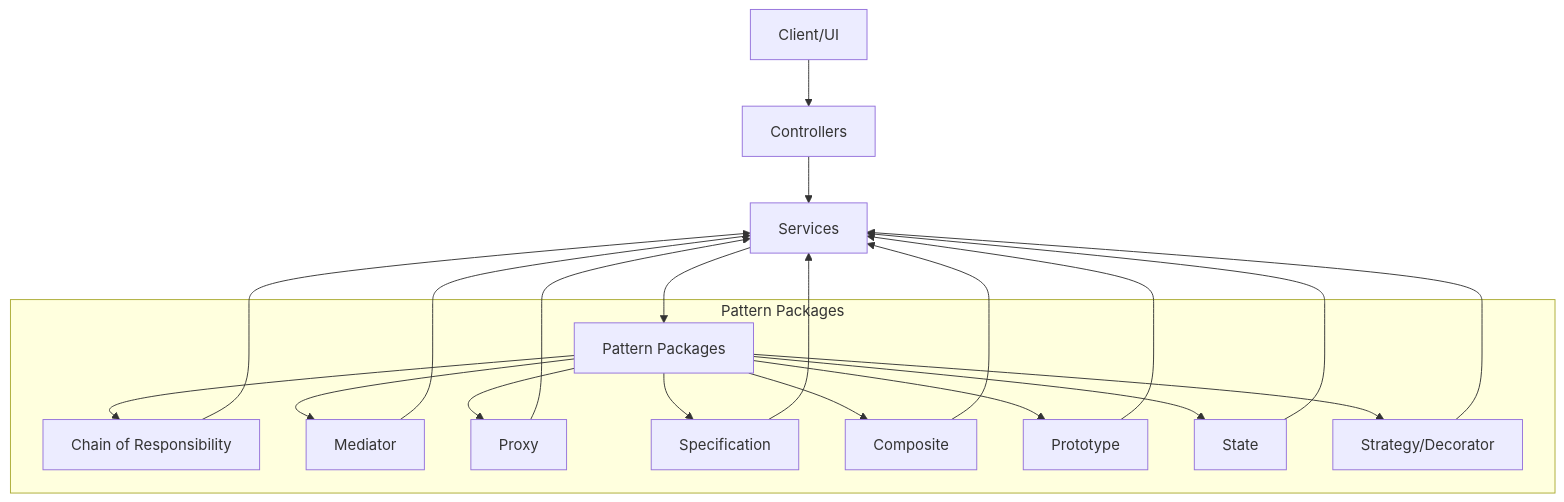
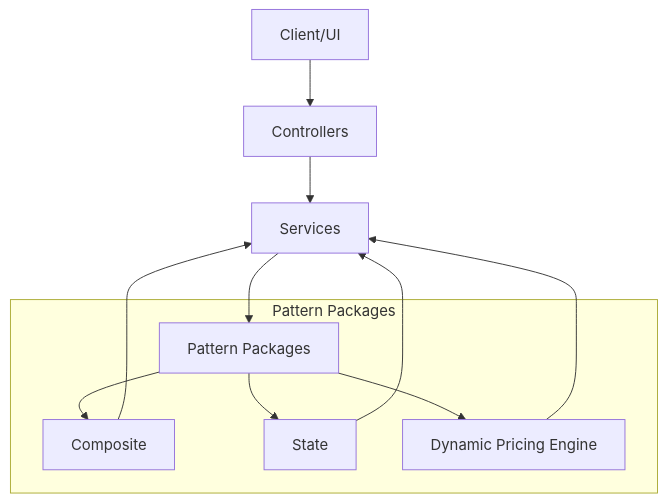
The second of 10 diagrams in .qoder/repowiki/en/content/Design Patterns Implementation/Design Patterns Implementation.md (anhtudayne/Design_Pattern), drawn with Mermaid before and after one commit. The commit also changed other lines of this file and 10 other files, not shown here.

````diff
--- a/.qoder/repowiki/en/content/Design Patterns Implementation/Design Patterns Implementation.md
+++ b/.qoder/repowiki/en/content/Design Patterns Implementation/Design Patterns Implementation.md
@@ -162,24 +117,14 @@
 ```mermaid
 graph TB
 UI["Client/UI"] --> CTRL["Controllers"]
 CTRL --> SVC["Services"]
 SVC --> PATTERN["Pattern Packages"]
 subgraph "Pattern Packages"
-PATTERN --> COB["Chain of Responsibility"]
-PATTERN --> MED["Mediator"]
-PATTERN --> PROX["Proxy"]
-PATTERN --> SPEC["Specification"]
 PATTERN --> COMP["Composite"]
-PATTERN --> PROT["Prototype"]
 PATTERN --> STAT["State"]
-PATTERN --> STRATDEC["Strategy/Decorator"]
+PATTERN --> PRICING["Dynamic Pricing Engine"]
 end
-COB --> SVC
-MED --> SVC
-PROX --> SVC
-SPEC --> SVC
 COMP --> SVC
-PROT --> SVC
 STAT --> SVC
-STRATDEC --> SVC
+PRICING --> SVC
 ```
````
